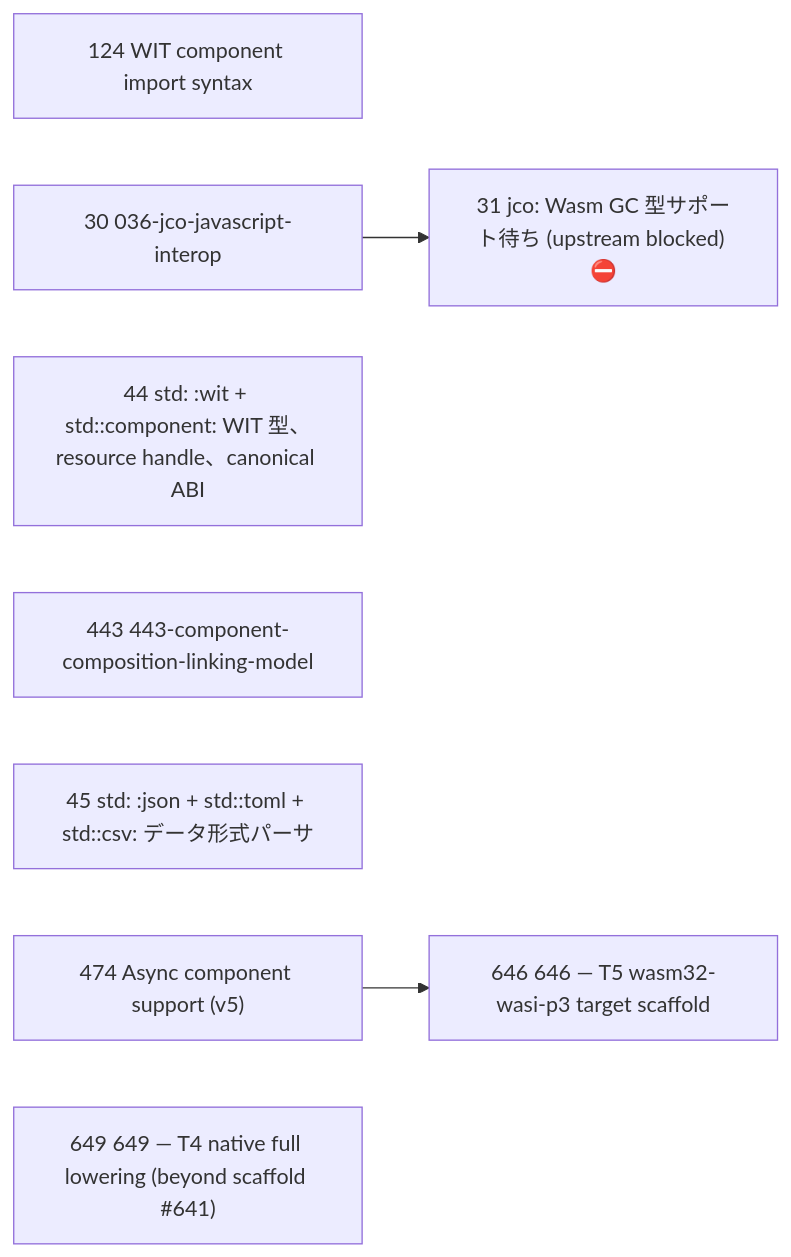
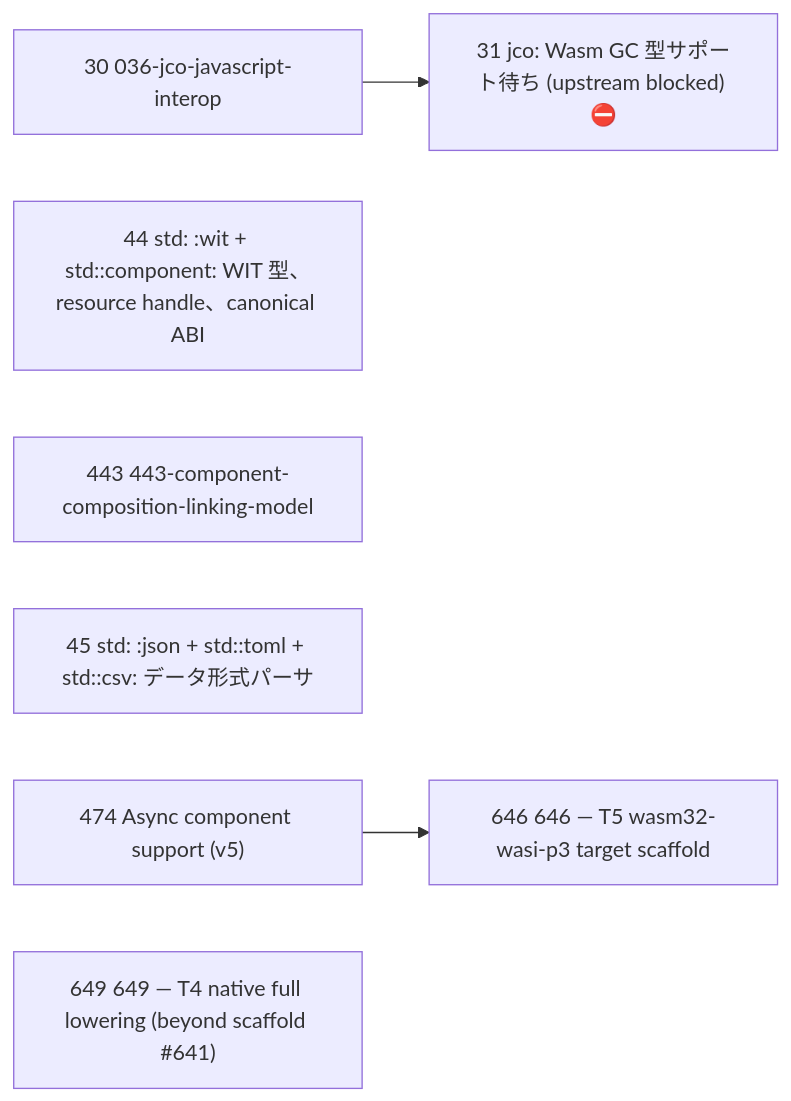
One commit to wogikaze/arukellt changed the diagram in issues/open/dependency-graph.md. Above: the diagram before and after it, drawn with Mermaid. The commit also changed other lines of this file and 29 other files, not shown here.

First line of the commit message:
Add WIT import compose round-trip E2E and close #665/#124.

````diff
--- a/issues/open/dependency-graph.md
+++ b/issues/open/dependency-graph.md
@@ -7,14 +7,13 @@
 ```mermaid
 graph LR
-  I124["124 WIT component import syntax"]
   I30["30 036-jco-javascript-interop"]
   I44["44 std: ":wit + std::component: WIT 型、resource handle、canonical ABI""]
   I443["443 443-component-composition-linking-model"]
   I45["45 std: ":json + std::toml + std::csv: データ形式パーサ""]
   I474["474 Async component support (v5)"]
   I649["649 649 — T4 native full lowering (beyond scaffold #641)"]
   I646["646 646 — T5 wasm32-wasi-p3 target scaffold"]
   I31["31 jco: Wasm GC 型サポート待ち (upstream blocked) ⛔"]
   I474 --> I646
   I30 --> I31
 ```
````
